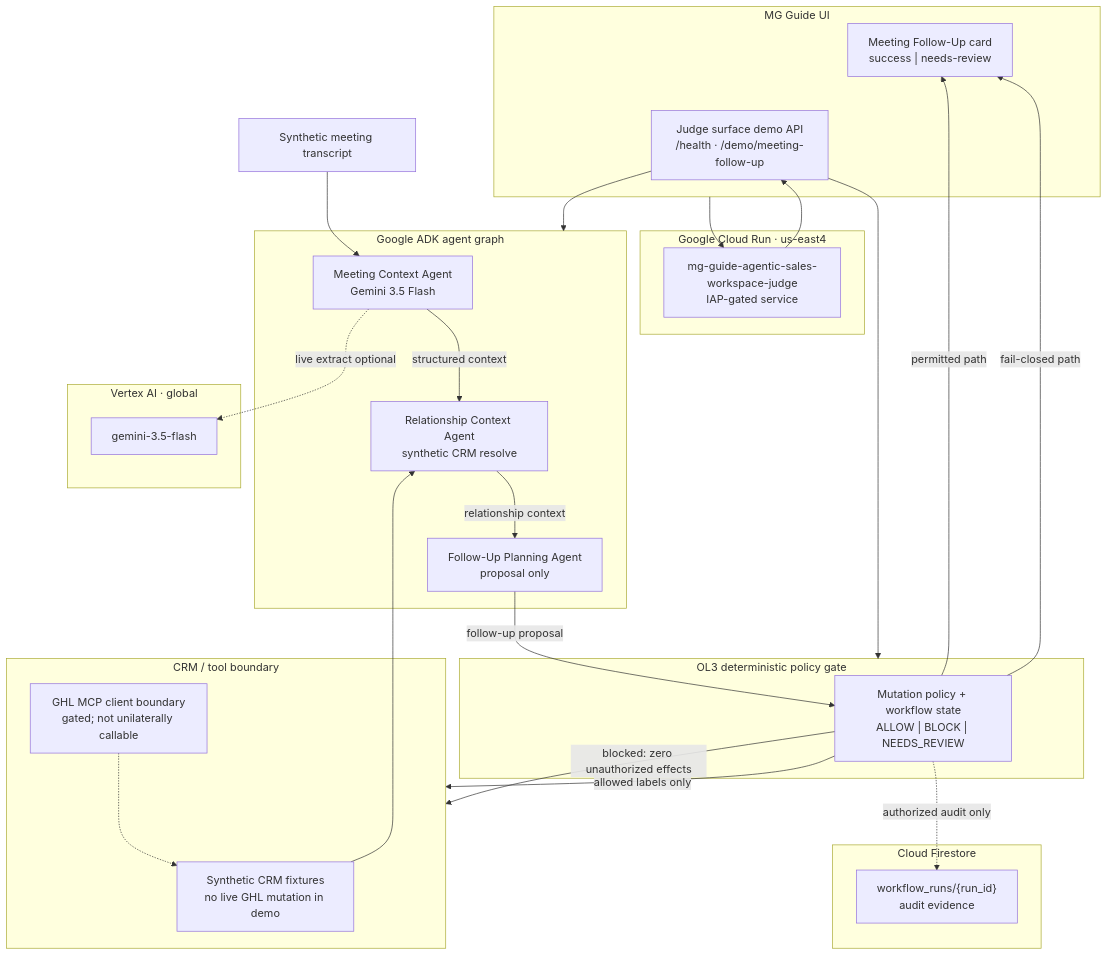
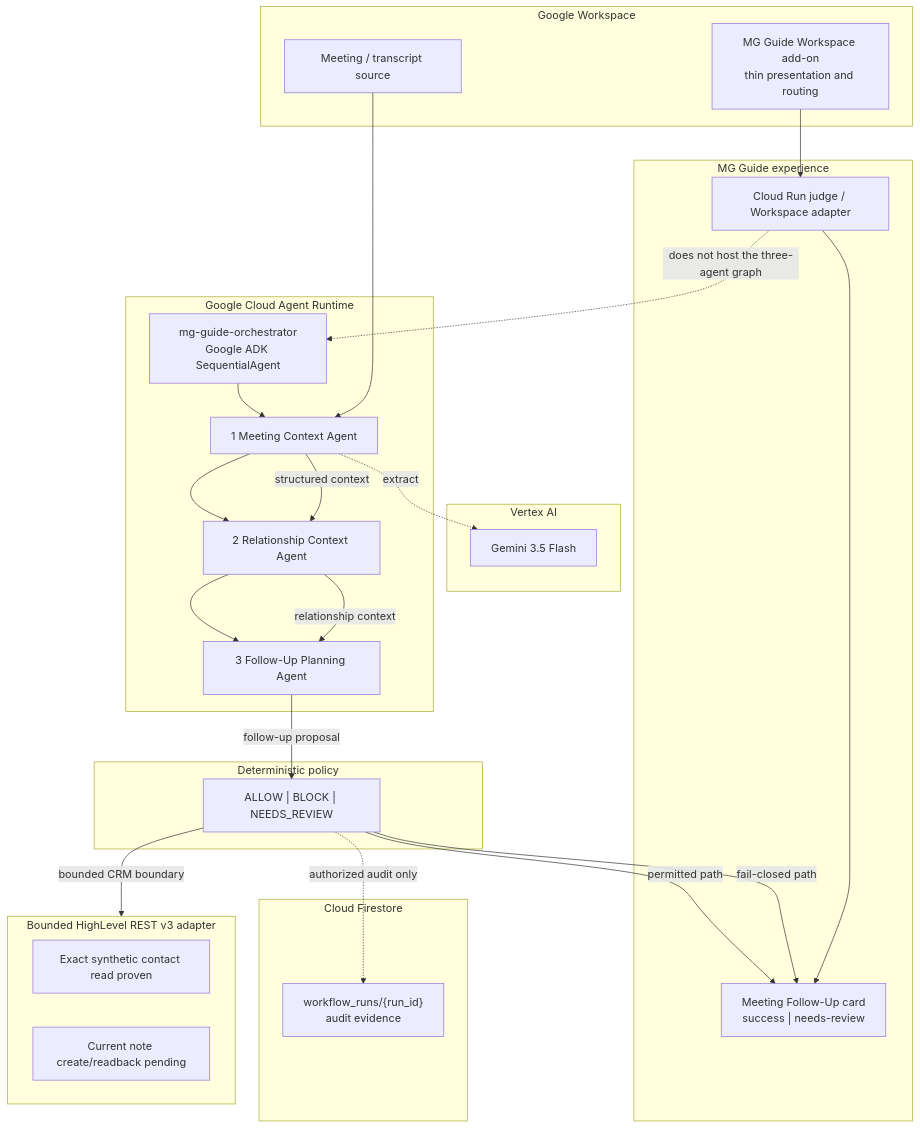
One commit to themg-max/mg-guide-agentic-sales-workspace changed the diagram in docs/architecture/meeting-follow-up-v1-competition-architecture.md. Above: the diagram before and after it, drawn with Mermaid. The commit also changed other lines of this file and 10 other files, not shown here.

````diff
--- a/docs/architecture/meeting-follow-up-v1-competition-architecture.md
+++ b/docs/architecture/meeting-follow-up-v1-competition-architecture.md
@@ -12,52 +12,50 @@
 ```mermaid
 flowchart TB
-  subgraph UI["MG Guide UI"]
-    CARD["Meeting Follow-Up card<br/>success | needs-review"]
-    JUDGE["Judge surface demo API<br/>/health · /demo/meeting-follow-up"]
+  subgraph WS["Google Workspace"]
+    MTG["Meeting / transcript source"]
+    ADDON["MG Guide Workspace add-on<br/>thin presentation and routing"]
   end
 
-  subgraph CR["Google Cloud Run · us-east4"]
-    SVC["mg-guide-agentic-sales-workspace-judge<br/>IAP-gated service"]
+  subgraph AR["Google Cloud Agent Runtime"]
+    ORCH["mg-guide-orchestrator<br/>Google ADK SequentialAgent"]
+    MCA["1 Meeting Context Agent"]
+    RCA["2 Relationship Context Agent"]
+    FPA["3 Follow-Up Planning Agent"]
+    ORCH --> MCA --> RCA --> FPA
   end
 
-  subgraph ADK["Google ADK agent graph"]
-    MCA["Meeting Context Agent<br/>Gemini 3.5 Flash"]
-    RCA["Relationship Context Agent<br/>synthetic CRM resolve"]
-    FPA["Follow-Up Planning Agent<br/>proposal only"]
+  subgraph GEM["Vertex AI"]
+    G35["Gemini 3.5 Flash"]
   end
 
-  subgraph GEM["Vertex AI · global"]
-    G35["gemini-3.5-flash"]
+  subgraph POL["Deterministic policy"]
+    GATE["ALLOW | BLOCK | NEEDS_REVIEW"]
   end
 
-  subgraph OL3["OL3 deterministic policy gate"]
-    POL["Mutation policy + workflow state<br/>ALLOW | BLOCK | NEEDS_REVIEW"]
-  end
-
-  subgraph BOUNDARY["CRM / tool boundary"]
-    SYN["Synthetic CRM fixtures<br/>no live GHL mutation in demo"]
-    MCP["GHL MCP client boundary<br/>gated; not unilaterally callable"]
+  subgraph SURF["MG Guide experience"]
+    CARD["Meeting Follow-Up card<br/>success | needs-review"]
+    JUDGE["Cloud Run judge / Workspace adapter"]
   end
 
   subgraph FS["Cloud Firestore"]
     WR["workflow_runs/{run_id}<br/>audit evidence"]
   end
 
-  TX["Synthetic meeting transcript"] --> MCA
+  subgraph BOUNDARY["Bounded HighLevel REST v3 adapter"]
+    REST["Exact synthetic contact read proven"]
+    NOTE["Current note create/readback pending"]
+  end
+
+  MTG --> MCA
   MCA -->|"structured context"| RCA
-  MCA -.->|"live extract optional"| G35
+  MCA -.->|"extract"| G35
   RCA -->|"relationship context"| FPA
-  FPA -->|"follow-up proposal"| POL
-  POL -->|"permitted path"| CARD
-  POL -->|"fail-closed path"| CARD
-  POL -.->|"authorized audit only"| WR
-  POL -->|"blocked: zero unauthorized effects"| BOUNDARY
-  POL -->|"allowed labels only"| BOUNDARY
-  SYN --> RCA
-  MCP -.-> SYN
-  JUDGE --> ADK
-  JUDGE --> OL3
-  SVC --> JUDGE
-  UI --> SVC
-  CARD --> UI
+  FPA -->|"follow-up proposal"| GATE
+  GATE -->|"permitted path"| CARD
+  GATE -->|"fail-closed path"| CARD
+  GATE -.->|"authorized audit only"| WR
+  GATE -->|"bounded CRM boundary"| BOUNDARY
+  ADDON --> JUDGE
+  JUDGE --> CARD
+  JUDGE -.->|"does not host the three-agent graph"| ORCH
 ```
````
